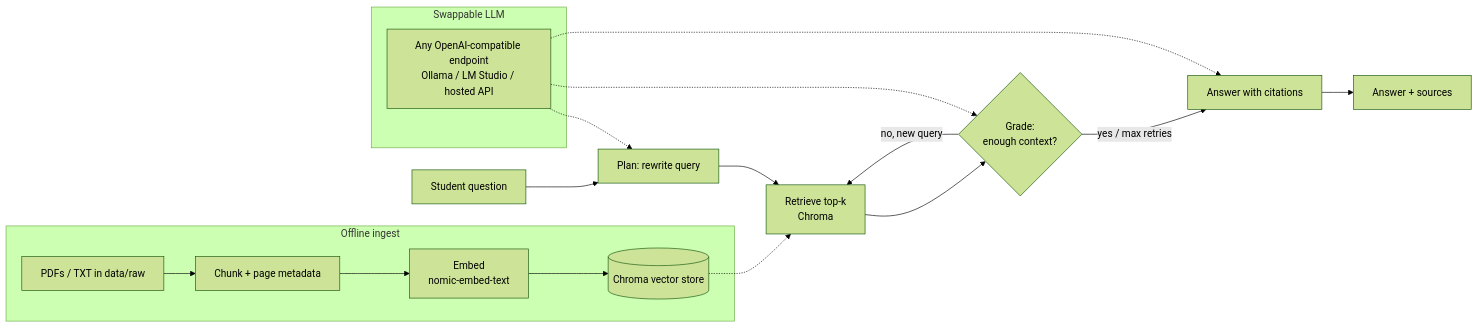
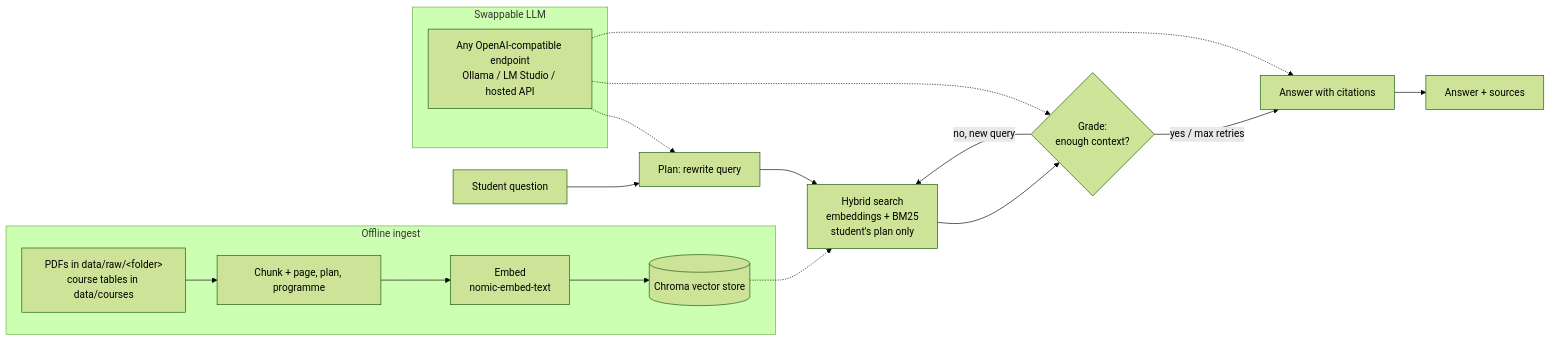
One commit to hrithikhwn/iium-course-assistant changed the diagram in README.md. Above: the diagram before and after it, drawn with Mermaid (forest theme). The commit also changed other lines of this file and 15 other files, not shown here.

````diff
--- a/README.md
+++ b/README.md
@@ -20,21 +20,21 @@
 ```mermaid
 flowchart LR
     Q[Student question] --> P[Plan: rewrite query]
-    P --> R[Retrieve top-k<br/>Chroma]
+    P --> R[Hybrid search<br/>embeddings + BM25<br/>student's plan only]
     R --> G{Grade:<br/>enough context?}
     G -- no, new query --> R
     G -- yes / max retries --> A[Answer with citations]
     A --> OUT[Answer + sources]
 
     subgraph Ingest [Offline ingest]
-        D[PDFs / TXT in data/raw] --> C[Chunk + page metadata]
+        D[PDFs in data/raw/&lt;folder&gt;<br/>course tables in data/courses] --> C[Chunk + page, plan, programme]
         C --> E[Embed<br/>nomic-embed-text]
         E --> V[(Chroma vector store)]
     end
     V -.-> R
 
     subgraph Model [Swappable LLM]
         L[Any OpenAI-compatible endpoint<br/>Ollama / LM Studio / hosted API]
     end
     L -.-> P & G & A
 ```
````
